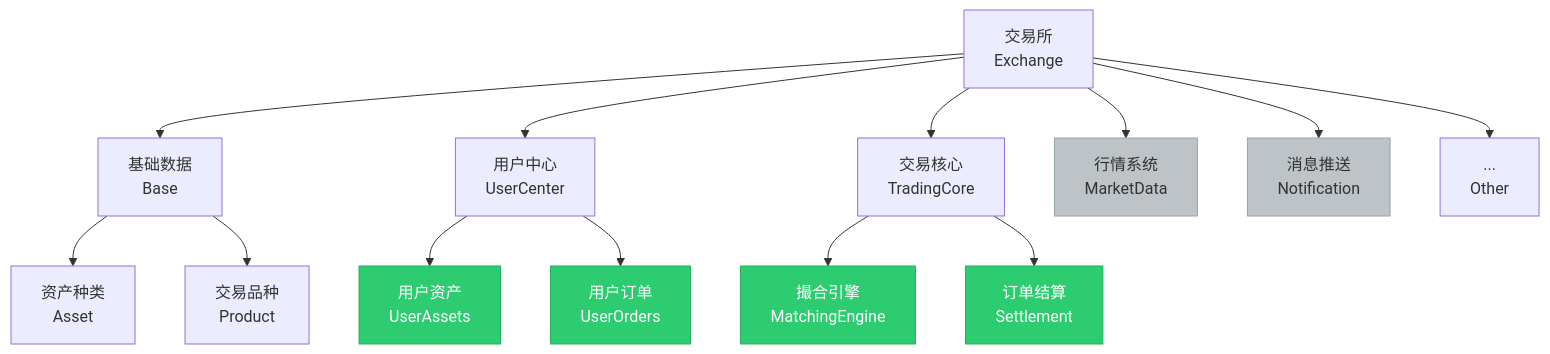
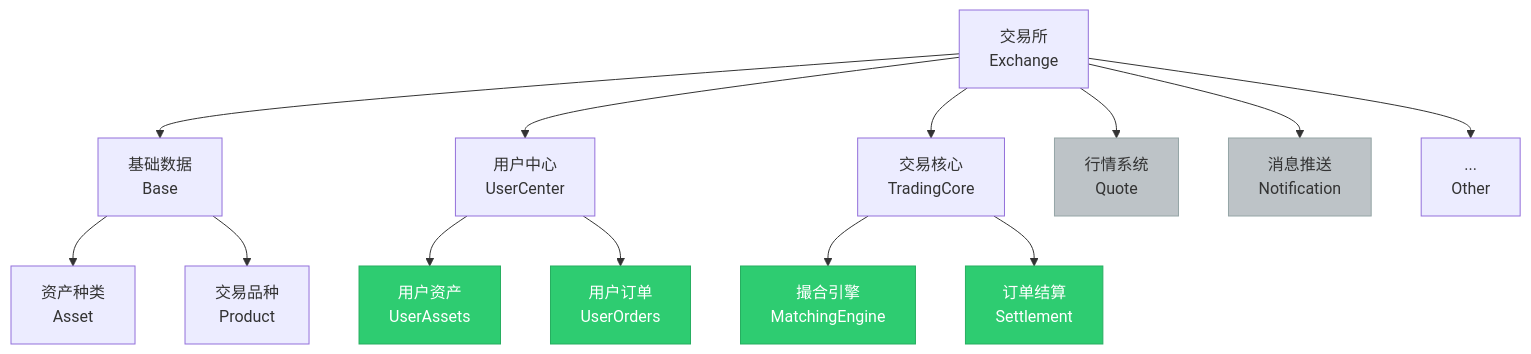
One commit to yzimhao/trading_engine changed the diagram in readme.md. Above: the diagram before and after it, drawn with Mermaid.

````diff
--- a/readme.md
+++ b/readme.md
@@ -17,29 +17,29 @@
 ```mermaid
 graph TD
     classDef done fill:#2ecc71,stroke:#27ae60,color:#fff  
     classDef pending fill:#bdc3c7,stroke:#95a5a6,color:#333
 
     A[交易所<br>Exchange]
 
     A --> aa[基础数据<br>Base]
     aa --> aa1[资产种类<br>Asset]
     aa --> aa2[交易品种<br>Product]
 
     A --> AA[用户中心<br>UserCenter]
     AA --> AAa[用户资产<br>UserAssets]
     class AAa done
     AA--> AAb[用户订单<br>UserOrders]
     class AAb done
     A --> AC[交易核心<br>TradingCore]
-    A --> AC3[行情系统<br>MarketData]
+    A --> AC3[行情系统<br>Quote]
     class AC3 pending
     A --> AD[消息推送<br>Notification]
     class AD pending
     A --> AZ[...<br>Other]
 
     AC --> AC1[撮合引擎<br>MatchingEngine]
     class AC1 done
     AC --> AC2[订单结算<br>Settlement]
     class AC2 done
     
 ```
````
